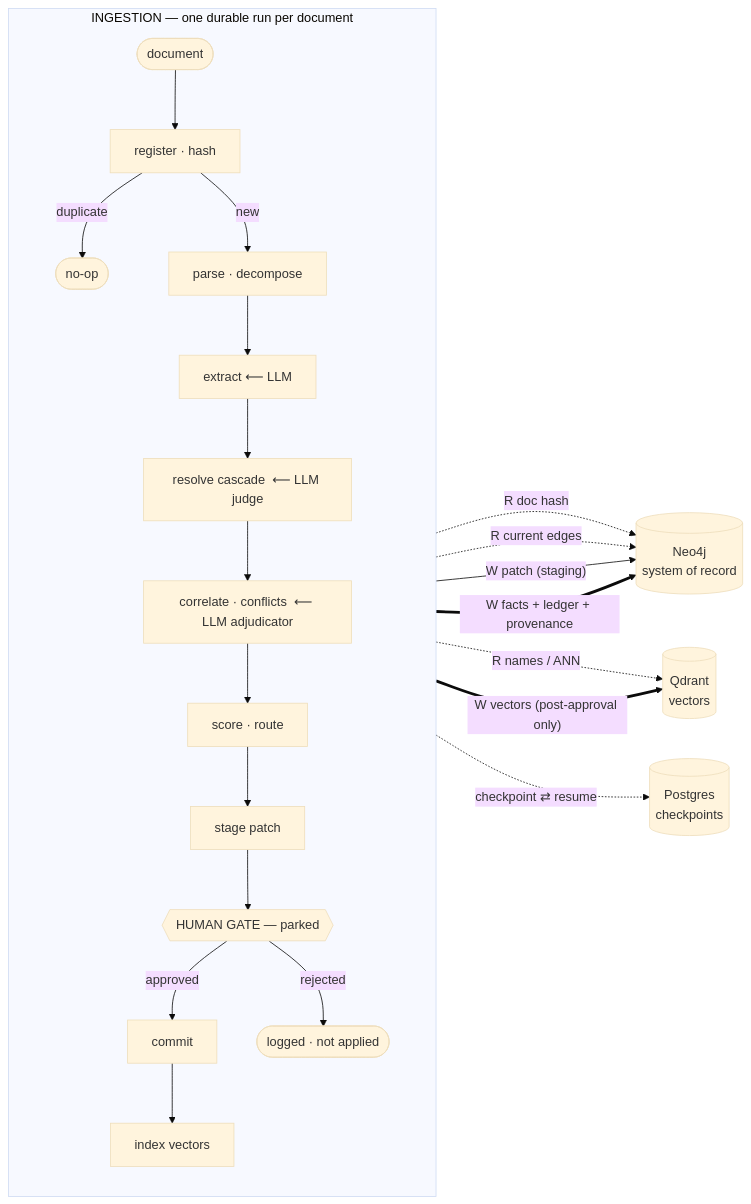
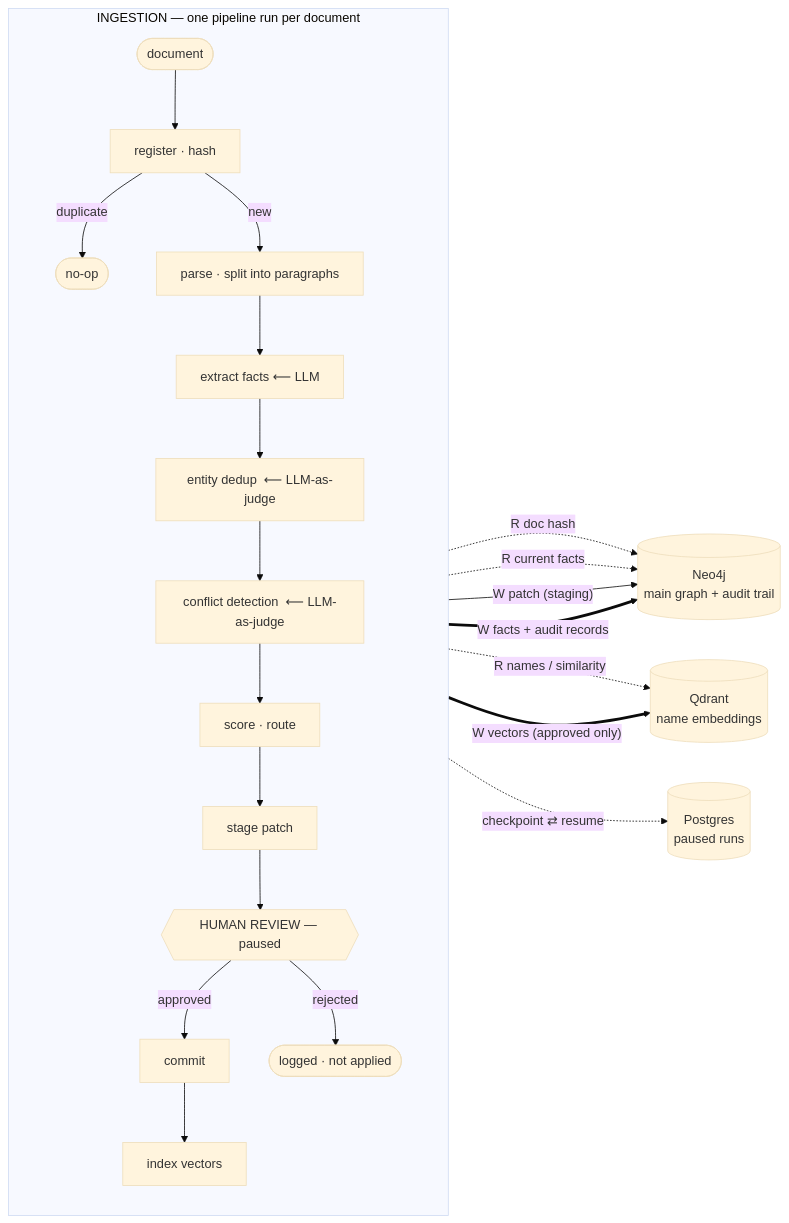
The fifth of 7 diagrams in docs/lifecycle.md (clsanc195/ks_ingestion_inference), drawn with Mermaid (base theme) before and after one commit. The commit also changed other lines of this file and 1 other file, not shown here.

Commit message:
Rewrite deck in plain engineering vocabulary; add concrete data model
Vocabulary pass for a software-engineer audience: entity dedup,
LLM-as-judge, conflict detection, audit trail, valid_from/valid_to
dates, main graph, human review step — replacing coined terms
(promotion boundary, adjudicator, supersession, bi-temporal,
provenance, HITL gate) throughout prose, tables, and diagram labels
(both Mermaid flows re-rendered; hand-built figures relabeled).

Substance added where prose was thin: the concrete Neo4j data model
(labels and properties for entities, facts, merges, ledger, patches,
decisions) on the Data stores page, with the predicate-as-property
design note. Sources in lifecycle.md updated to match.

Claude-Session: https://claude.ai/code/session_019Ahwu6z4i8eJ32ivnu5GA8

````diff
--- a/docs/lifecycle.md
+++ b/docs/lifecycle.md
@@ -176,29 +176,29 @@
 ```mermaid
 flowchart LR
-  subgraph ING["INGESTION — one durable run per document"]
+  subgraph ING["INGESTION — one pipeline run per document"]
     direction TB
     DOC([document]) --> REG["register · hash"]
     REG -->|duplicate| NOOP([no-op])
-    REG -->|new| PRS["parse · decompose"]
-    PRS --> EXT["extract  ⟵ LLM"]
-    EXT --> RSV["resolve cascade  ⟵ LLM judge"]
-    RSV --> COR["correlate · conflicts  ⟵ LLM adjudicator"]
+    REG -->|new| PRS["parse · split into paragraphs"]
+    PRS --> EXT["extract facts  ⟵ LLM"]
+    EXT --> RSV["entity dedup  ⟵ LLM-as-judge"]
+    RSV --> COR["conflict detection  ⟵ LLM-as-judge"]
     COR --> SCR["score · route"]
     SCR --> STG["stage patch"]
-    STG --> GATE{{"HUMAN GATE — parked"}}
+    STG --> GATE{{"HUMAN REVIEW — paused"}}
     GATE -->|approved| CMT["commit"]
     GATE -->|rejected| REJ(["logged · not applied"])
     CMT --> IDX["index vectors"]
   end
-  NEO[("Neo4j<br/>system of record")]
-  QDR[("Qdrant<br/>vectors")]
-  PG[("Postgres<br/>checkpoints")]
+  NEO[("Neo4j<br/>main graph + audit trail")]
+  QDR[("Qdrant<br/>name embeddings")]
+  PG[("Postgres<br/>paused runs")]
 
   REG -. "R doc hash" .-> NEO
-  RSV -. "R names / ANN" .-> QDR
-  COR -. "R current edges" .-> NEO
+  RSV -. "R names / similarity" .-> QDR
+  COR -. "R current facts" .-> NEO
   STG -- "W patch (staging)" --> NEO
   GATE -. "checkpoint ⇄ resume" .-> PG
-  CMT == "W facts + ledger + provenance" ==> NEO
-  IDX == "W vectors (post-approval only)" ==> QDR
+  CMT == "W facts + audit records" ==> NEO
+  IDX == "W vectors (approved only)" ==> QDR
 ```
````
